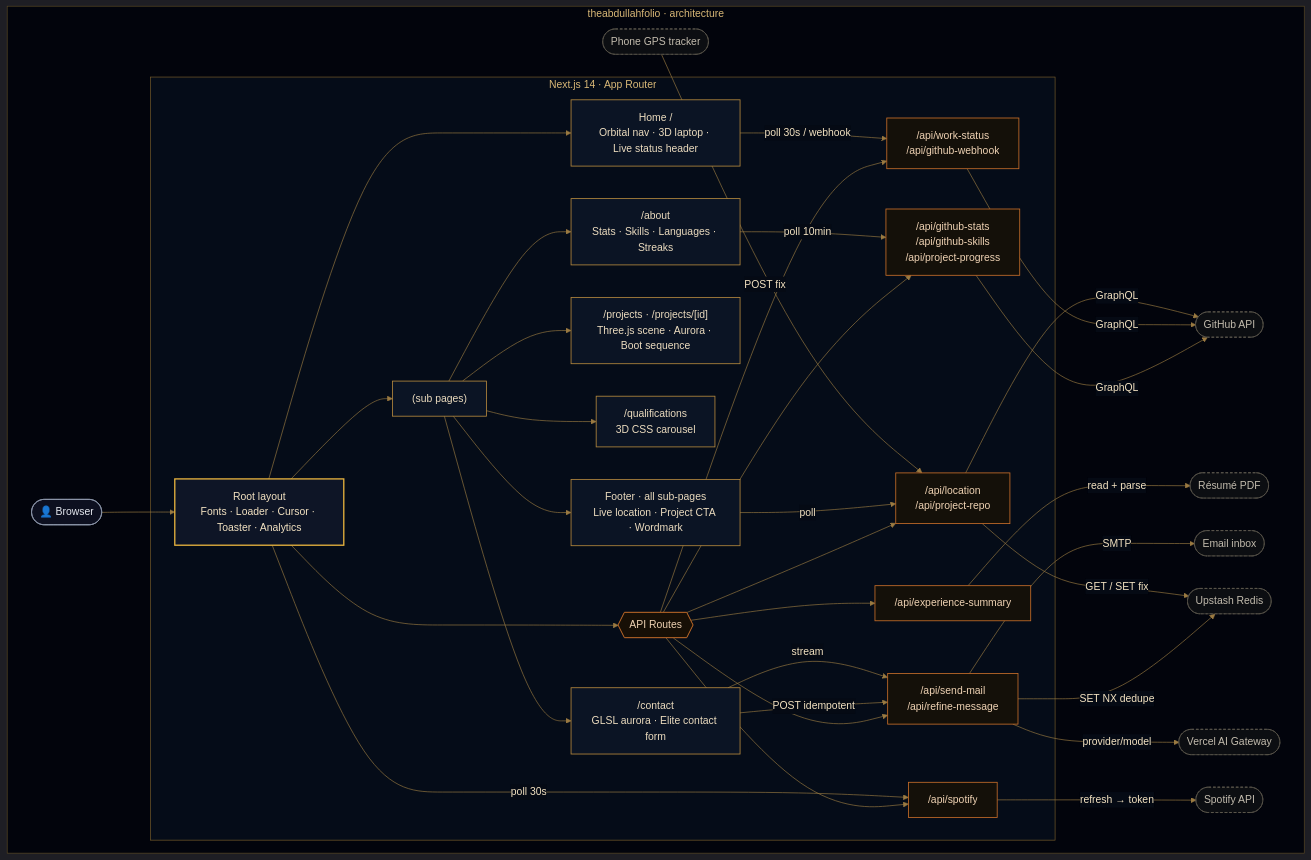
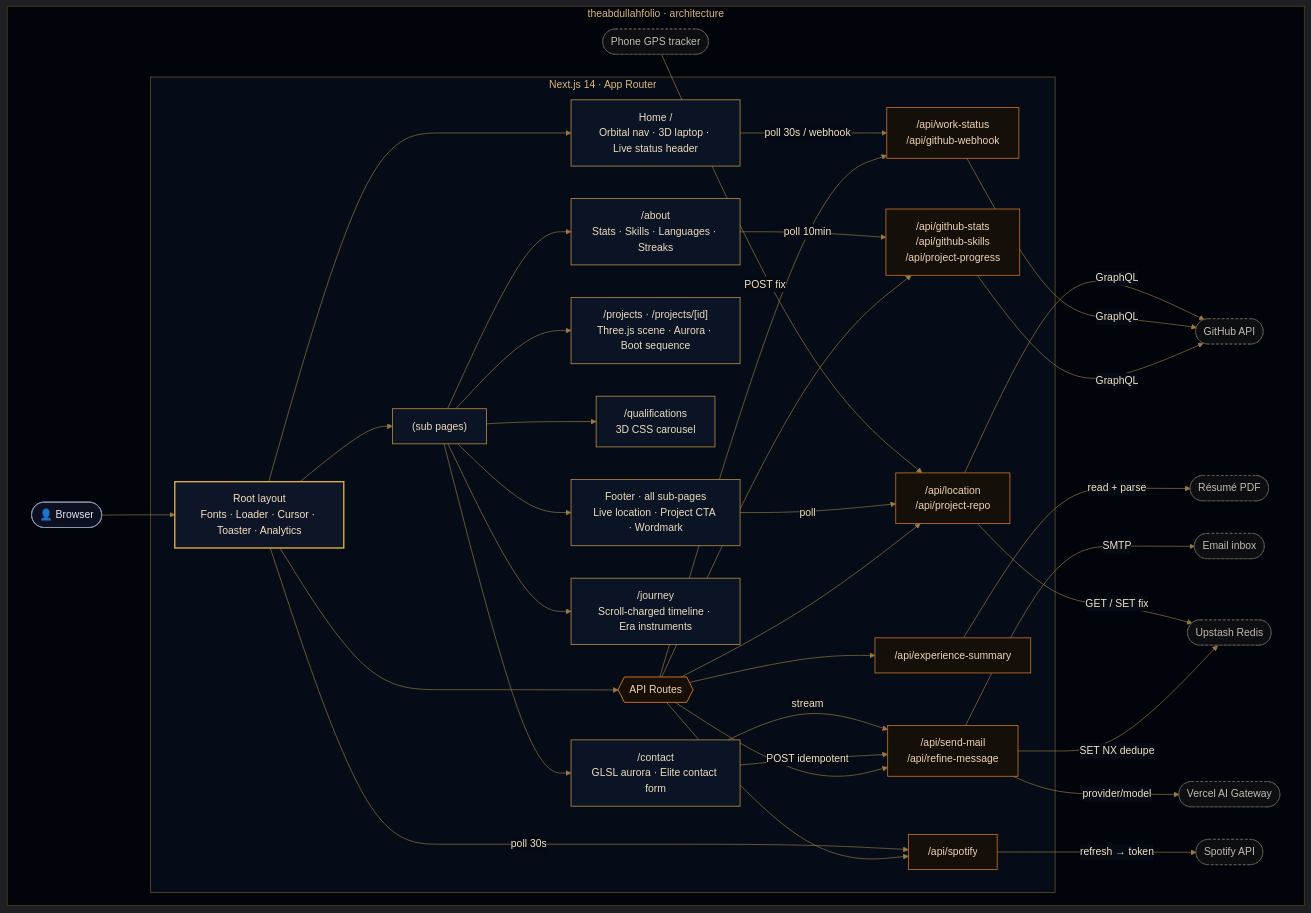
One commit to MA1002643/theabdullahfolio changed the diagram in README.md. Above: the diagram before and after it, drawn with Mermaid. The commit also changed other lines of this file and 23 other files, not shown here.

First line of the commit message:
feat: implement journey timeline components with animated spine and milestones

````diff
--- a/README.md
+++ b/README.md
@@ -146,69 +146,70 @@
 ```mermaid
 %%{init: {"theme":"dark","themeVariables":{"fontFamily":"ui-sans-serif, system-ui, -apple-system, Segoe UI, sans-serif","lineColor":"#9a7a42","edgeLabelBackground":"#050a14","tertiaryColor":"#050a14"}}}%%
 graph TD
     subgraph Sys[" theabdullahfolio · architecture "]
         Browser(["👤 Browser"])
 
         subgraph App[" Next.js 14 · App Router "]
             Root["Root layout<br/>Fonts · Loader · Cursor · Toaster · Analytics"]
             Root --> Home["Home /<br/>Orbital nav · 3D laptop · Live status header"]
             Root --> Pages["(sub pages)"]
             Pages --> About["/about<br/>Stats · Skills · Languages · Streaks"]
             Pages --> Projects["/projects · /projects/[id]<br/>Three.js scene · Aurora · Boot sequence"]
             Pages --> Quals["/qualifications<br/>3D CSS carousel"]
             Pages --> Contact["/contact<br/>GLSL aurora · Elite contact form"]
+            Pages --> Journey["/journey<br/>Scroll-charged timeline · Era instruments"]
             Pages --> Footer["Footer · all sub-pages<br/>Live location · Project CTA · Wordmark"]
 
             Root --> API{{"API Routes"}}
             API --> Stats["/api/github-stats<br/>/api/github-skills<br/>/api/project-progress"]
             API --> Exp["/api/experience-summary"]
             API --> Work["/api/work-status<br/>/api/github-webhook"]
             API --> Mail["/api/send-mail<br/>/api/refine-message"]
             API --> Foot["/api/location<br/>/api/project-repo"]
             API --> Music["/api/spotify"]
         end
 
         GitHub([GitHub API])
         PDF([Résumé PDF])
         Inbox([Email inbox])
         Redis([Upstash Redis])
         Gateway([Vercel AI Gateway])
         Tracker([Phone GPS tracker])
         Spotify([Spotify API])
 
         Browser --> Root
         About -->|poll 10min| Stats
         Home -->|poll 30s / webhook| Work
         Contact -->|POST idempotent| Mail
         Contact -->|stream| Mail
         Stats -->|GraphQL| GitHub
         Work -->|GraphQL| GitHub
         Exp -->|read + parse| PDF
         Mail -->|SMTP| Inbox
         Mail -->|SET NX dedupe| Redis
         Mail -->|provider/model| Gateway
         Footer -->|poll| Foot
         Tracker -->|POST fix| Foot
         Foot -->|GraphQL| GitHub
         Foot -->|GET / SET fix| Redis
         Root -->|poll 30s| Music
         Music -->|refresh → token| Spotify
     end
 
     classDef client fill:#0d1020,stroke:#8f99ad,stroke-width:1.25px,color:#e6e9f0;
     classDef root fill:#0e1526,stroke:#eab53e,stroke-width:2px,color:#f4e3c2;
     classDef page fill:#0b1424,stroke:#b78a3e,stroke-width:1.25px,color:#ecdcbf;
     classDef api fill:#141009,stroke:#c96f2a,stroke-width:1.25px,color:#f0d3b4;
     classDef gateway fill:#170f06,stroke:#c96f2a,stroke-width:1.5px,color:#f0d3b4;
     classDef ext fill:#0c0e12,stroke:#5f5a50,stroke-width:1px,color:#c3bcae,stroke-dasharray:4 3;
 
     class Browser client;
     class Root root;
-    class Home,Pages,About,Projects,Quals,Contact,Footer page;
+    class Home,Pages,About,Projects,Quals,Contact,Journey,Footer page;
     class Stats,Exp,Work,Mail,Foot,Music api;
     class API gateway;
     class GitHub,PDF,Inbox,Redis,Gateway,Tracker,Spotify ext;
 
     style Sys fill:#02040c,stroke:#5c4a24,stroke-width:1px,color:#d9b877;
     style App fill:#050c18,stroke:#7a5f2c,stroke-width:1px,color:#d9b877;
 ```
````
